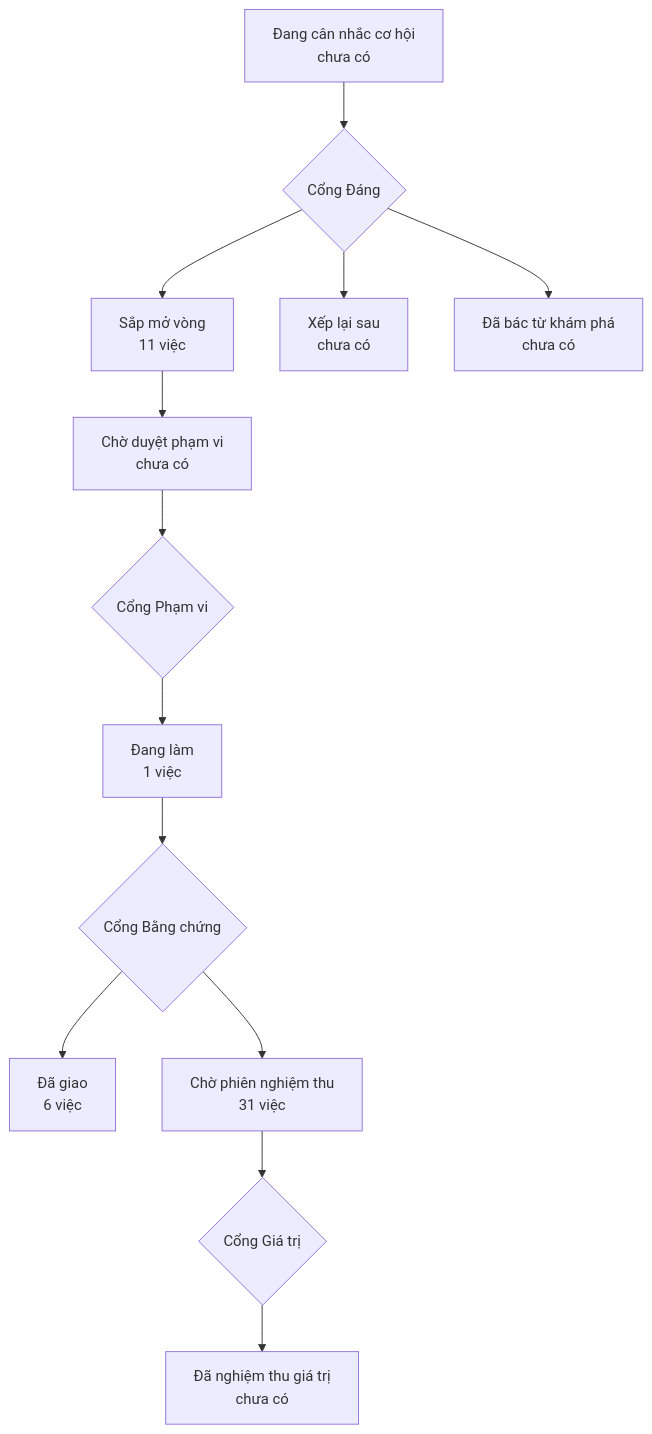
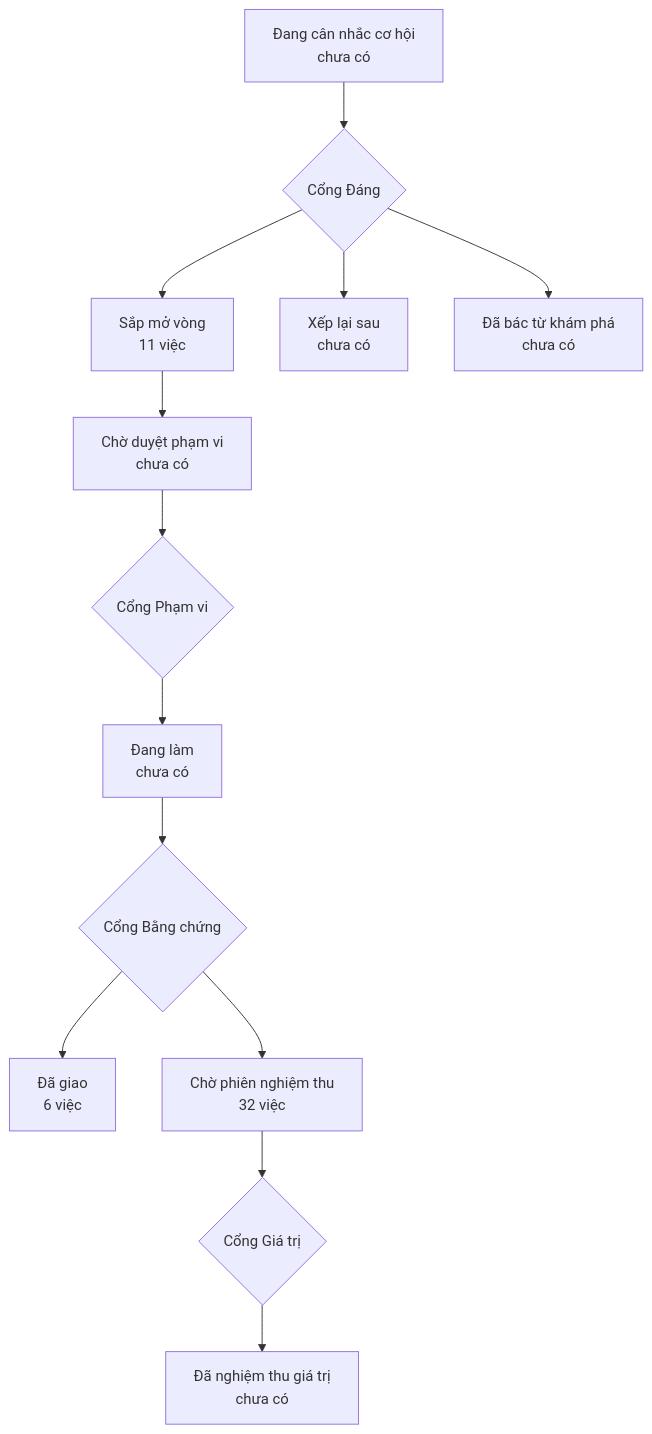
The diagram in PRODUCT-MAP.md (phanlemanh/onehub-quy-hang), drawn with Mermaid before and after one commit. The commit also changed other lines of this file and 4 other files, not shown here.

````diff
--- a/PRODUCT-MAP.md
+++ b/PRODUCT-MAP.md
@@ -7,12 +7,12 @@
 ```mermaid
 flowchart TD
   A["Đang cân nhắc cơ hội<br/>chưa có"] --> GD{"Cổng Đáng"}
   GD --> B["Sắp mở vòng<br/>11 việc"]
   GD --> XL["Xếp lại sau<br/>chưa có"]
   GD --> DB["Đã bác từ khám phá<br/>chưa có"]
   B --> CD["Chờ duyệt phạm vi<br/>chưa có"] --> GP{"Cổng Phạm vi"}
-  GP --> DL["Đang làm<br/>1 việc"] --> GB{"Cổng Bằng chứng"}
+  GP --> DL["Đang làm<br/>chưa có"] --> GB{"Cổng Bằng chứng"}
   GB --> DG["Đã giao<br/>6 việc"]
-  GB --> CN["Chờ phiên nghiệm thu<br/>31 việc"] --> GG{"Cổng Giá trị"}
+  GB --> CN["Chờ phiên nghiệm thu<br/>32 việc"] --> GG{"Cổng Giá trị"}
   GG --> NT["Đã nghiệm thu giá trị<br/>chưa có"]
 ```
````
